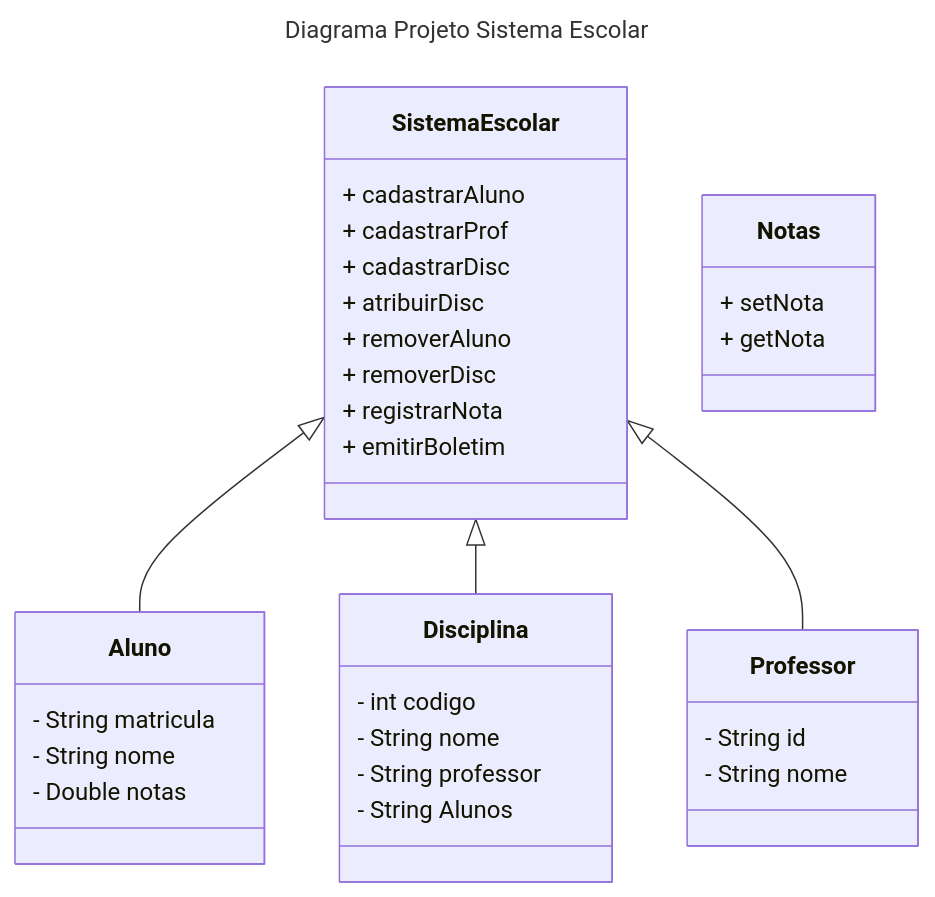
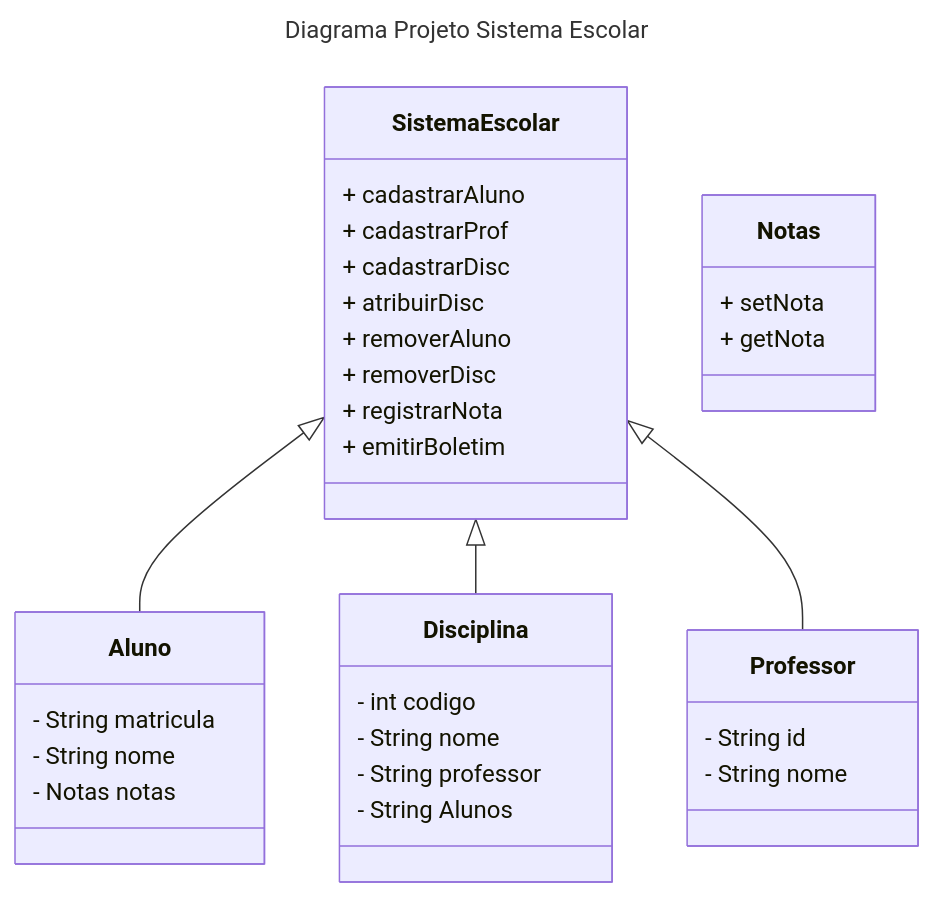
One commit to vSteps/POO changed the diagram in Projeto_POO/diagrama.md. Above: the diagram before and after it, drawn with Mermaid. The commit also changed 7 other files, not shown here.

````diff
--- a/Projeto_POO/diagrama.md
+++ b/Projeto_POO/diagrama.md
@@ -1,38 +1,38 @@
 ```mermaid
 ---
 title: Diagrama Projeto Sistema Escolar
 ---
 classDiagram
     SistemaEscolar <|-- Aluno
     SistemaEscolar <|-- Disciplina
     SistemaEscolar <|-- Professor
     SistemaEscolar : + cadastrarAluno
     SistemaEscolar : + cadastrarProf
     SistemaEscolar : + cadastrarDisc
     SistemaEscolar : + atribuirDisc
     SistemaEscolar : + removerAluno
     SistemaEscolar:  + removerDisc
     SistemaEscolar:  + registrarNota
     SistemaEscolar:  + emitirBoletim
     class Aluno{
         - String matricula
         - String nome
-        - Double notas
+        - Notas notas
     }
     class Disciplina{
         - int codigo
         - String nome
         - String professor
         - String Alunos
     }
     class Professor{
         - String id
         - String nome
     }
 
     class Notas{
         + setNota
         + getNota
     }
 
 ```
````
